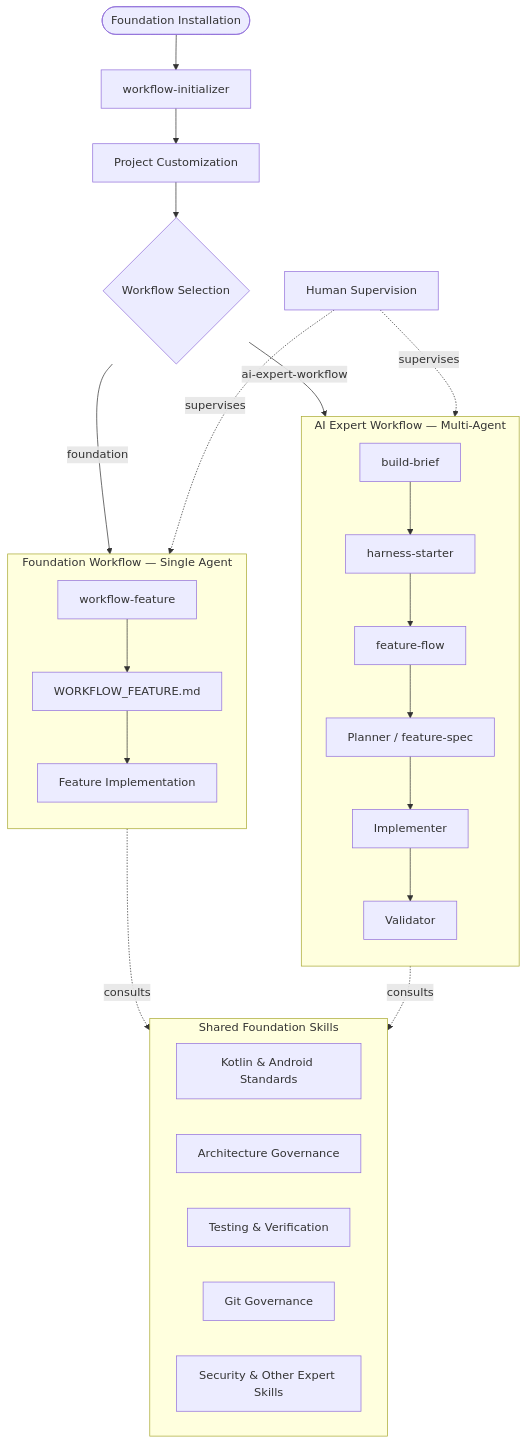
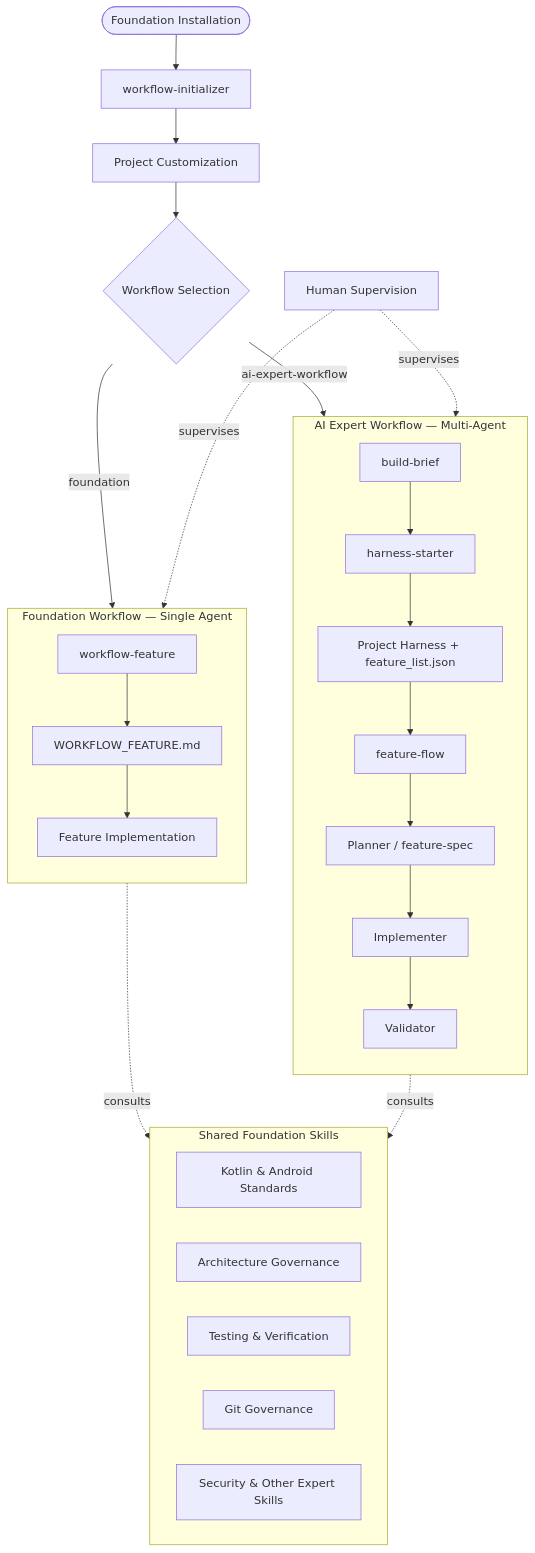
One commit to albertmartorell1975/android-ai-workflow-foundation changed the diagram in docs/overview.md. Above: the diagram before and after it, drawn with Mermaid. The commit also changed other lines of this file and 1 other file, not shown here.

Commit message:
chore(project): Improves overview.md and workflow comparison.md files.

````diff
--- a/docs/overview.md
+++ b/docs/overview.md
@@ -15,43 +15,40 @@
 ```mermaid
 graph TD
     Start([Foundation Installation]) --> Init[workflow-initializer]
     Init --> Custom[Project Customization]
     Custom --> Select{Workflow Selection}
 
     Select -->|foundation| FW[Foundation Workflow]
     Select -->|ai-expert-workflow| AE[AI Expert Workflow]
 
     subgraph FW[Foundation Workflow — Single Agent]
         direction TB
         WFF[workflow-feature] --> WFP[WORKFLOW_FEATURE.md]
         WFP --> ImplA[Feature Implementation]
     end
 
     subgraph AE[AI Expert Workflow — Multi-Agent]
         direction TB
-        BB[build-brief]
-        HS[harness-starter]
-        FF[feature-flow]
-        PS[Planner / feature-spec]
-        IM[Implementer]
-        VA[Validator]
-
-        BB --> HS --> FF
-        FF --> PS --> IM --> VA
+        BB[build-brief] --> HS[harness-starter]
+        HS --> FL[Project Harness + feature_list.json]
+        FL --> FF[feature-flow]
+        FF --> PS[Planner / feature-spec]
+        PS --> IM[Implementer]
+        IM --> VA[Validator]
     end
 
     subgraph Shared[Shared Foundation Skills]
         direction LR
         G1[Kotlin & Android Standards]
         G2[Architecture Governance]
         G3[Testing & Verification]
         G4[Git Governance]
         G5[Security & Other Expert Skills]
     end
 
     FW -. consults .-> Shared
     AE -. consults .-> Shared
 
     Human[Human Supervision] -. supervises .-> FW
     Human -. supervises .-> AE
 ```
````
